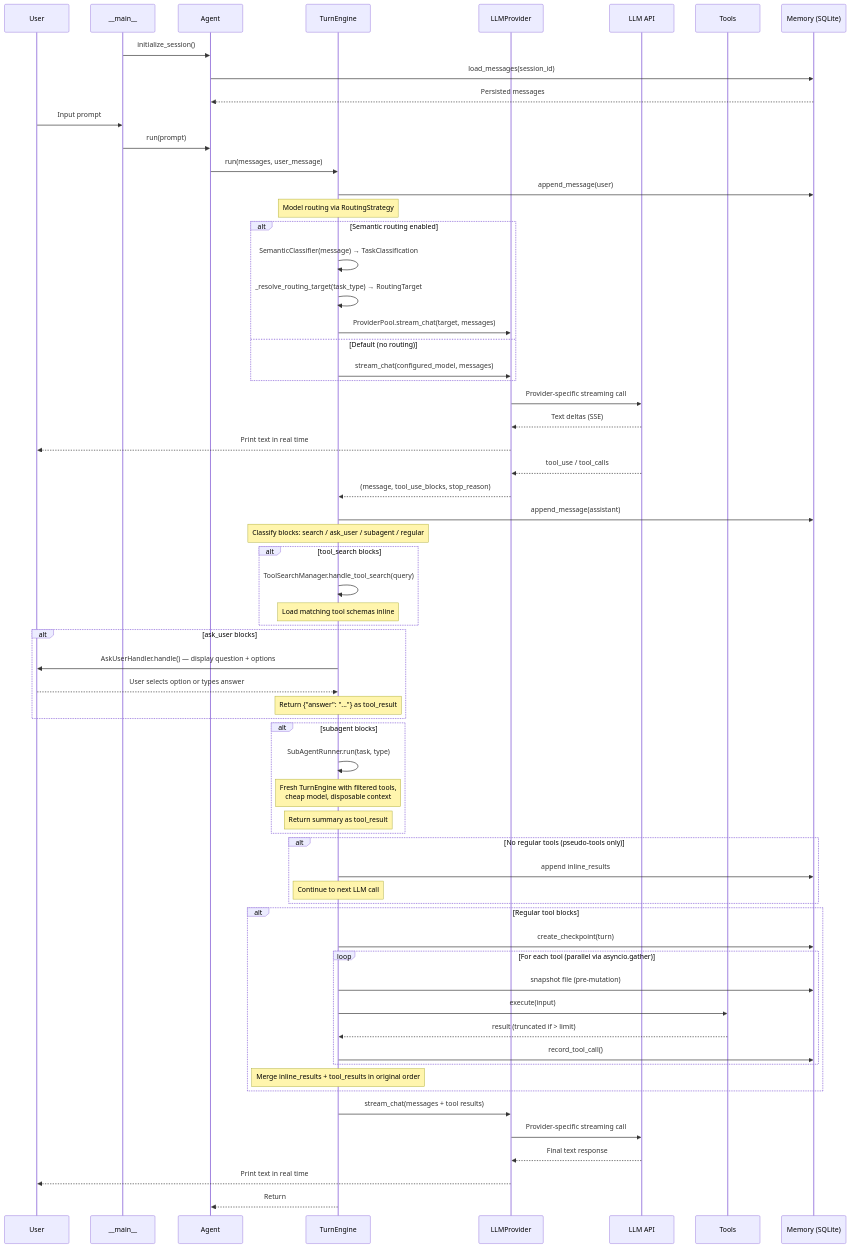
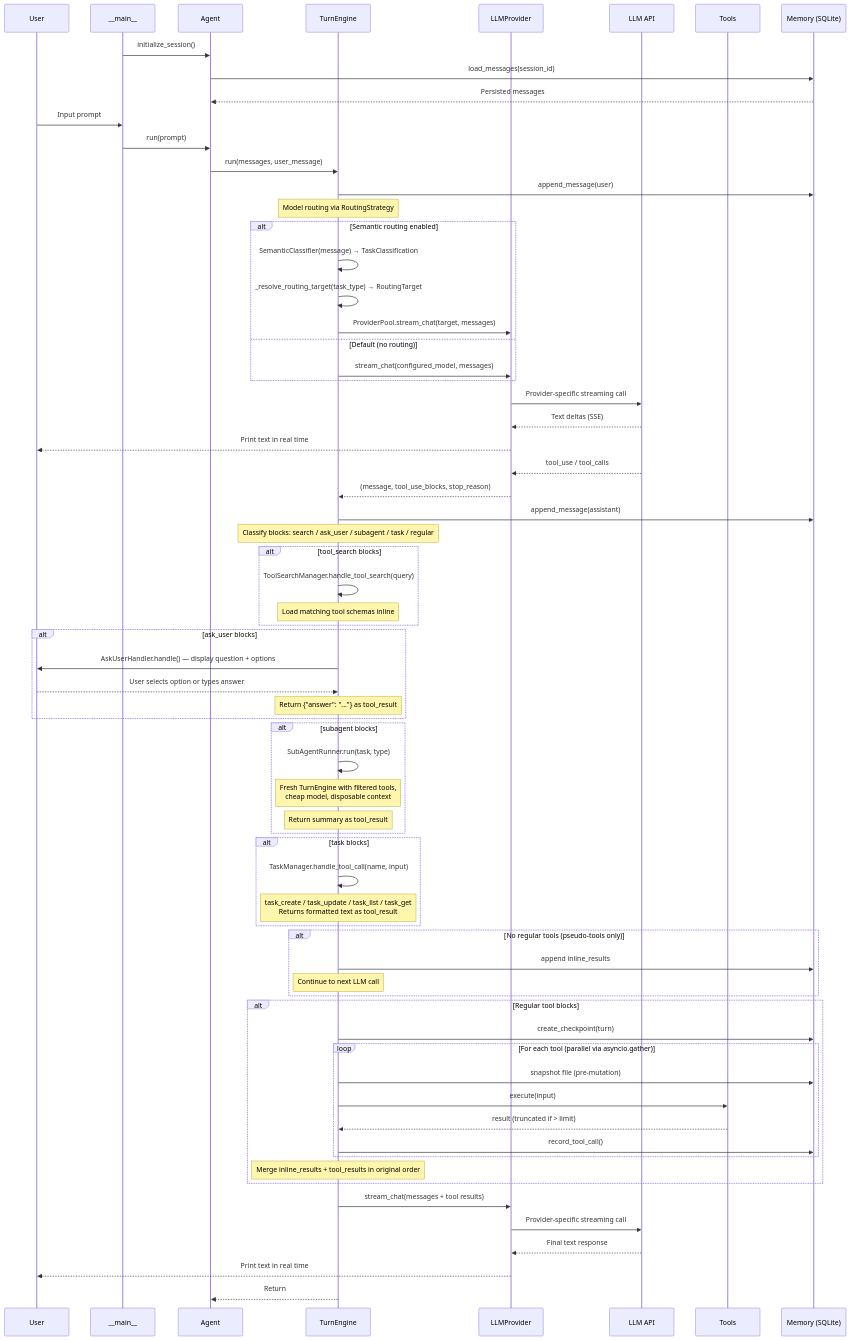
The third of 3 diagrams in documentation/docs/architecture/SAD.md (StephenDenisEdwards/micro-x-agent-loop-python), drawn with Mermaid before and after one commit. The commit also changed other lines of this file and 24 other files, not shown here.

````diff
--- a/documentation/docs/architecture/SAD.md
+++ b/documentation/docs/architecture/SAD.md
@@ -267,77 +274,82 @@
 ```mermaid
 sequenceDiagram
     participant U as User
     participant M as __main__
     participant A as Agent
     participant TE as TurnEngine
     participant P as LLMProvider
     participant API as LLM API
     participant T as Tools
     participant Mem as Memory (SQLite)
 
     M->>A: initialize_session()
     A->>Mem: load_messages(session_id)
     Mem-->>A: Persisted messages
 
     U->>M: Input prompt
     M->>A: run(prompt)
     A->>TE: run(messages, user_message)
     TE->>Mem: append_message(user)
 
     Note over TE: Model routing via RoutingStrategy
     alt Semantic routing enabled
         TE->>TE: SemanticClassifier(message) → TaskClassification
         TE->>TE: _resolve_routing_target(task_type) → RoutingTarget
         TE->>P: ProviderPool.stream_chat(target, messages)
     else Default (no routing)
         TE->>P: stream_chat(configured_model, messages)
     end
 
     P->>API: Provider-specific streaming call
     API-->>P: Text deltas (SSE)
     P-->>U: Print text in real time
     API-->>P: tool_use / tool_calls
     P-->>TE: (message, tool_use_blocks, stop_reason)
     TE->>Mem: append_message(assistant)
 
-    Note over TE: Classify blocks: search / ask_user / subagent / regular
+    Note over TE: Classify blocks: search / ask_user / subagent / task / regular
 
     alt tool_search blocks
         TE->>TE: ToolSearchManager.handle_tool_search(query)
         Note over TE: Load matching tool schemas inline
     end
 
     alt ask_user blocks
         TE->>U: AskUserHandler.handle() — display question + options
         U-->>TE: User selects option or types answer
         Note over TE: Return {"answer": "..."} as tool_result
     end
 
     alt subagent blocks
         TE->>TE: SubAgentRunner.run(task, type)
         Note over TE: Fresh TurnEngine with filtered tools,<br/>cheap model, disposable context
         Note over TE: Return summary as tool_result
+    end
+
+    alt task blocks
+        TE->>TE: TaskManager.handle_tool_call(name, input)
+        Note over TE: task_create / task_update / task_list / task_get<br/>Returns formatted text as tool_result
     end
 
     alt No regular tools (pseudo-tools only)
         TE->>Mem: append inline_results
         Note over TE: Continue to next LLM call
     end
 
     alt Regular tool blocks
         TE->>Mem: create_checkpoint(turn)
         loop For each tool (parallel via asyncio.gather)
             TE->>Mem: snapshot file (pre-mutation)
             TE->>T: execute(input)
             T-->>TE: result (truncated if > limit)
             TE->>Mem: record_tool_call()
         end
         Note over TE: Merge inline_results + tool_results in original order
     end
 
     TE->>P: stream_chat(messages + tool results)
     P->>API: Provider-specific streaming call
     API-->>P: Final text response
     P-->>U: Print text in real time
     TE-->>A: Return
 ```
````
